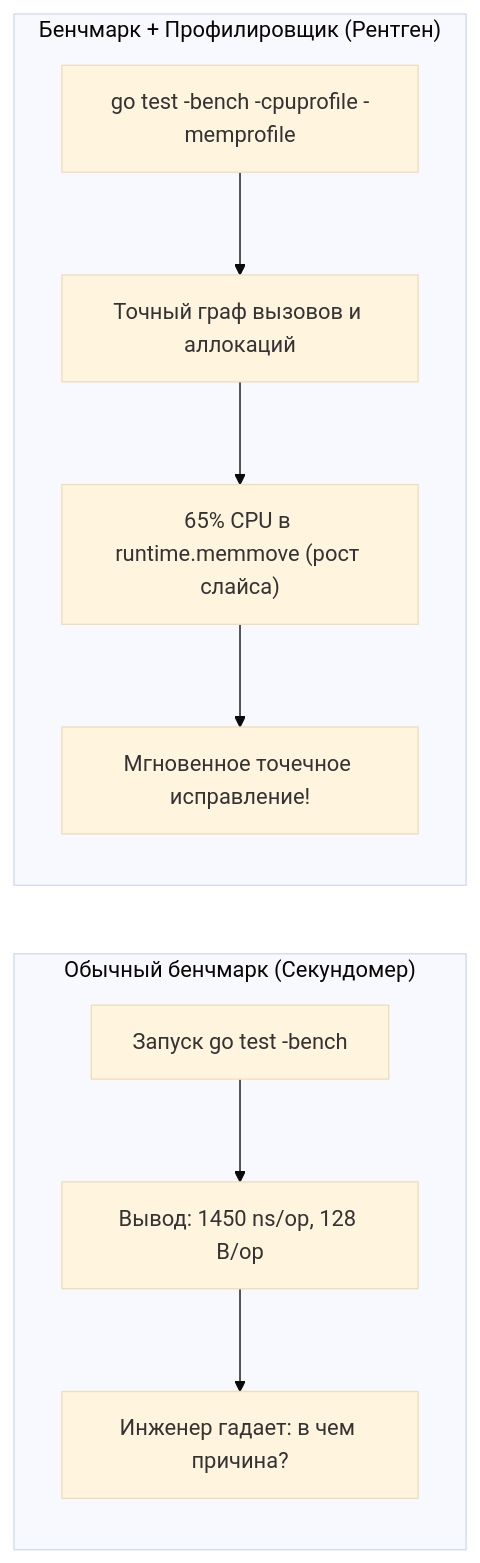
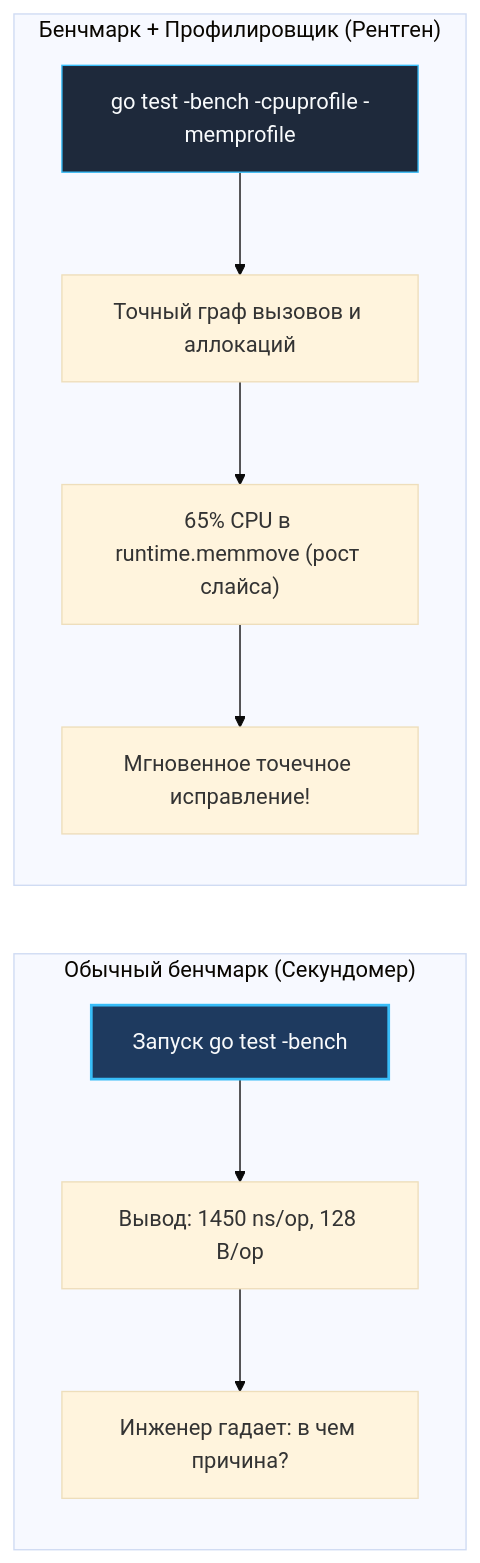
The first of 5 diagrams in sources/16. Профилирование, отладка и производительность/02. Benchmarking/7. Профилирование внутри benchmark.md (UnrealTemplier/go-textbook), drawn with Mermaid (base theme) before and after one commit. The commit also changed other lines of this file and 1666 other files, not shown here.

First line of the commit message:
feat(mermaid): add semantic color classDef to 1369 colorless flowchart/graph diagrams

````diff
--- a/sources/16. Профилирование, отладка и производительность/02. Benchmarking/7. Профилирование внутри benchmark.md
+++ b/sources/16. Профилирование, отладка и производительность/02. Benchmarking/7. Профилирование внутри benchmark.md
@@ -23,13 +23,23 @@
 ```mermaid
 flowchart LR
+    classDef process  fill:#1e293b,stroke:#38bdf8,stroke-width:1px,color:#f8fafc
+    classDef success  fill:#064e3b,stroke:#34d399,stroke-width:1px,color:#f8fafc
+    classDef error    fill:#7f1d1d,stroke:#f87171,stroke-width:1px,color:#f8fafc
+    classDef warning  fill:#78350f,stroke:#fbbf24,stroke-width:1px,color:#f8fafc
+    classDef entry    fill:#1e3a5f,stroke:#38bdf8,stroke-width:2px,color:#f8fafc
+    classDef aux      fill:#334155,stroke:#64748b,stroke-width:1px,color:#f8fafc
+    classDef system   fill:#312e81,stroke:#a78bfa,stroke-width:1px,color:#f8fafc
+    classDef data     fill:#132d29,stroke:#2dd4bf,stroke-width:1px,color:#f8fafc
+    classDef network  fill:#881337,stroke:#fb7185,stroke-width:1px,color:#f8fafc
+    classDef accent   fill:#1e1b4b,stroke:#818cf8,stroke-width:1px,color:#f8fafc
     subgraph BenchmarkOnly["Обычный бенчмарк (Секундомер)"]
-        B1["Запуск go test -bench"] --> B2["Вывод: 1450 ns/op, 128 B/op"]
+        B1["Запуск go test -bench"]:::entry --> B2["Вывод: 1450 ns/op, 128 B/op"]
         B2 --> B3["Инженер гадает: в чем причина?"]
     end
 
     subgraph ProfilingBenchmark["Бенчмарк + Профилировщик (Рентген)"]
-        P1["go test -bench -cpuprofile -memprofile"] --> P2["Точный граф вызовов и аллокаций"]
+        P1["go test -bench -cpuprofile -memprofile"]:::process --> P2["Точный граф вызовов и аллокаций"]
         P2 --> P3["65% CPU в runtime.memmove (рост слайса)"]
         P3 --> P4["Мгновенное точечное исправление!"]
     end
 ```
````
